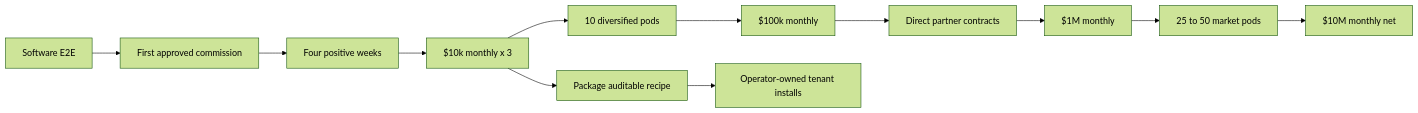
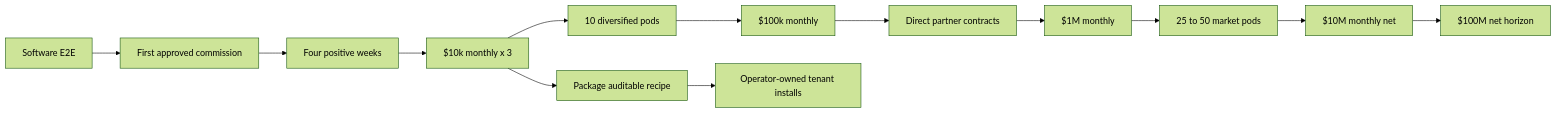
The third of 3 diagrams in docs/superpowers/specs/2026-08-05-affiliate-agent-design.md (Daisuke134/anicca), drawn with Mermaid (forest theme) before and after one commit. The commit also changed other lines of this file and 2 other files, not shown here.

````diff
--- a/docs/superpowers/specs/2026-08-05-affiliate-agent-design.md
+++ b/docs/superpowers/specs/2026-08-05-affiliate-agent-design.md
@@ -425,14 +559,15 @@
 ```mermaid
 flowchart LR
   S0[Software E2E] --> S1[First approved commission]
   S1 --> S2[Four positive weeks]
   S2 --> S3[$10k monthly x 3]
   S3 --> S4[10 diversified pods]
   S4 --> S5[$100k monthly]
   S5 --> S6[Direct partner contracts]
   S6 --> S7[$1M monthly]
   S7 --> S8[25 to 50 market pods]
   S8 --> S9[$10M monthly net]
+  S9 --> S10[$100M net horizon]
   S3 --> P1[Package auditable recipe]
   P1 --> P2[Operator-owned tenant installs]
 ```
````
